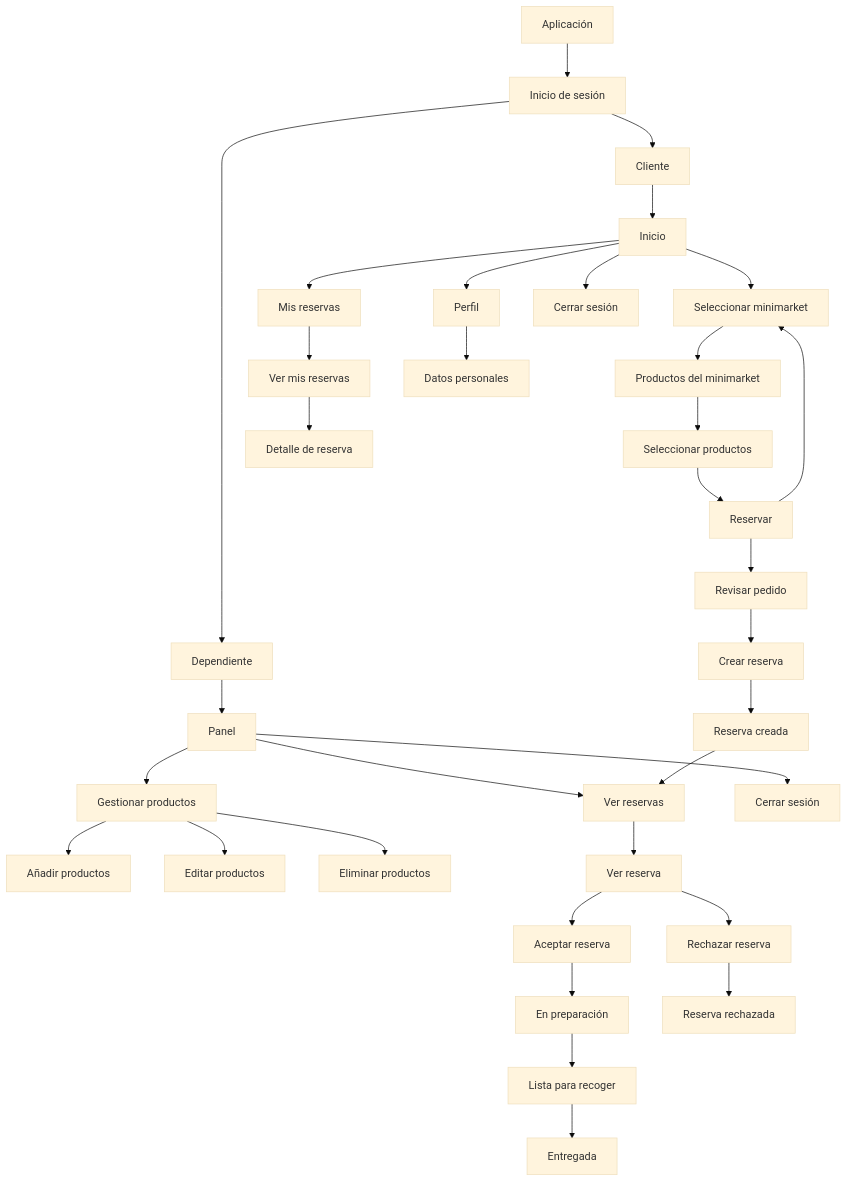
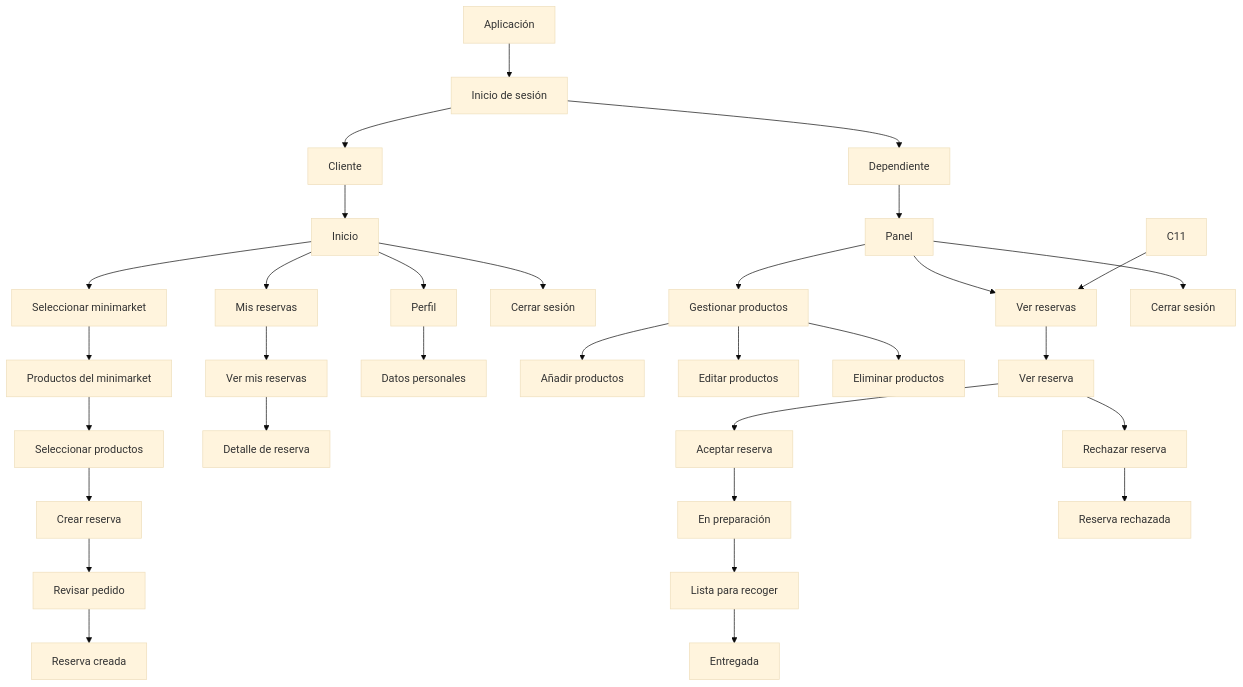
The diagram in PERSONA/FLUJO3.md (erick677710/SistemaDeReserva), drawn with Mermaid (base theme) before and after one commit.

Commit message:
Update flow for creating a reservation

````diff
--- a/PERSONA/FLUJO3.md
+++ b/PERSONA/FLUJO3.md
@@ -2,64 +2,62 @@
 ```mermaid
 flowchart TD
     A[Aplicación] --> B[Inicio de sesión]
 
     B --> C[Cliente]
     B --> D[Dependiente]
 
     %% =========================
     %% FLUJO DEL CLIENTE
     %% =========================
 
     C --> C1[Inicio]
     C1 --> C6[Seleccionar minimarket]
     C1 --> C3[Mis reservas]
     C1 --> C4[Perfil]
     C1 --> C5[Cerrar sesión]
 
     %% Crear reserva
-    C2 --> C6[Seleccionar minimarket]
     C6 --> C7[Productos del minimarket]
 
     C7 --> C8[Seleccionar productos]
-    C8 --> C2[Reservar]
+    C8 --> C2[Crear reserva]
     C2 --> C9[Revisar pedido]
-    C9 --> C10[Crear reserva]
-    C10 --> C11[Reserva creada]
+    C9 --> C10[Reserva creada]
 
     %% Otras opciones del cliente
     C3 --> C12[Ver mis reservas]
     C12 --> C13[Detalle de reserva]
 
     C4 --> C14[Datos personales]
 
     %% =========================
     %% FLUJO DEL DEPENDIENTE
     %% =========================
 
     D --> D1[Panel]
     D1 --> D2[Gestionar productos]
     D1 --> D3[Ver reservas]
     D1 --> D4[Cerrar sesión]
 
     %% Gestión de productos
     D2 --> D5[Añadir productos]
     D2 --> D6[Editar productos]
     D2 --> D7[Eliminar productos]
 
     %% Gestión de reservas
     D3 --> D8[Ver reserva]
     D8 --> D9[Aceptar reserva]
     D8 --> D10[Rechazar reserva]
 
     D9 --> D11[En preparación]
     D11 --> D12[Lista para recoger]
     D12 --> D13[Entregada]
 
     D10 --> D14[Reserva rechazada]
 
     %% =========================
     %% CONEXIÓN CLIENTE-DEPENDIENTE
     %% =========================
 
     C11 --> D3
 ```
````
